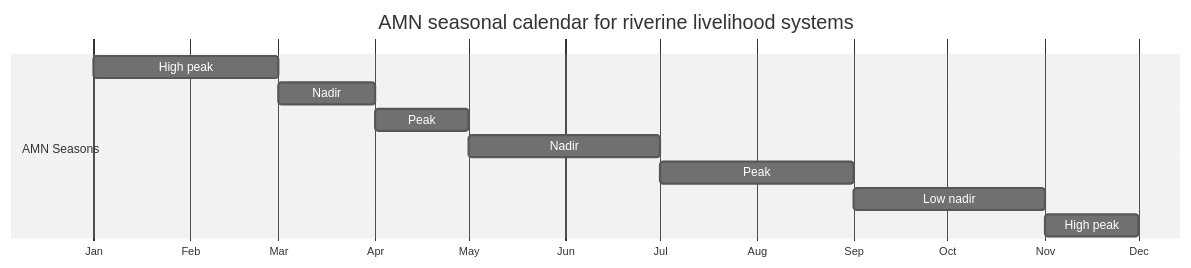
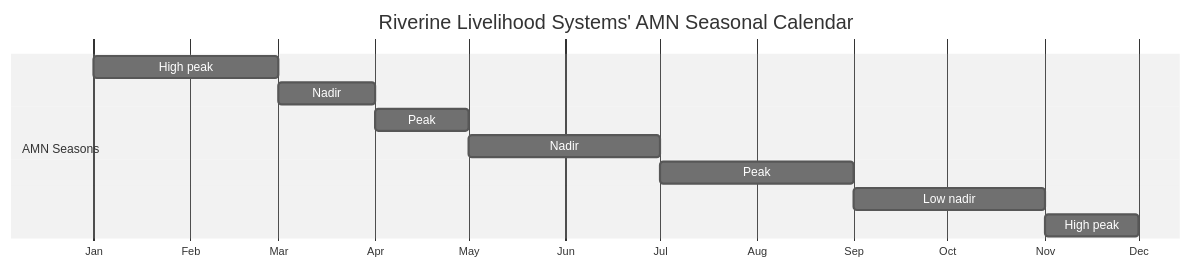
Before and after one commit to nutimes/som-sam-admit: the fourth of 9 diagrams in slides-revealjs.qmd, drawn with Mermaid (neutral theme). The commit also changed other lines of this file, not shown here.

````diff
--- a/slides-revealjs.qmd
+++ b/slides-revealjs.qmd
@@ -588,19 +574,19 @@
 ```{mermaid}
 %%| label: amn-seasonal-calendar-riverine
 %%| fig-cap-location: bottom
 %%| fig-height: 5
 %%| fig-width: 14
 gantt
-    title  AMN seasonal calendar for riverine livelihood systems
+    title  Riverine Livelihood Systems' AMN Seasonal Calendar
     dateFormat M
     axisFormat %b
     todayMarker off
     section AMN Seasons
     High peak :1, 3
     Nadir :3, 4
     Peak: 4, 5
     Nadir :5, 7
     Peak :7, 9
     Low nadir :9, 11
     High peak :11, 12
 ```
````
